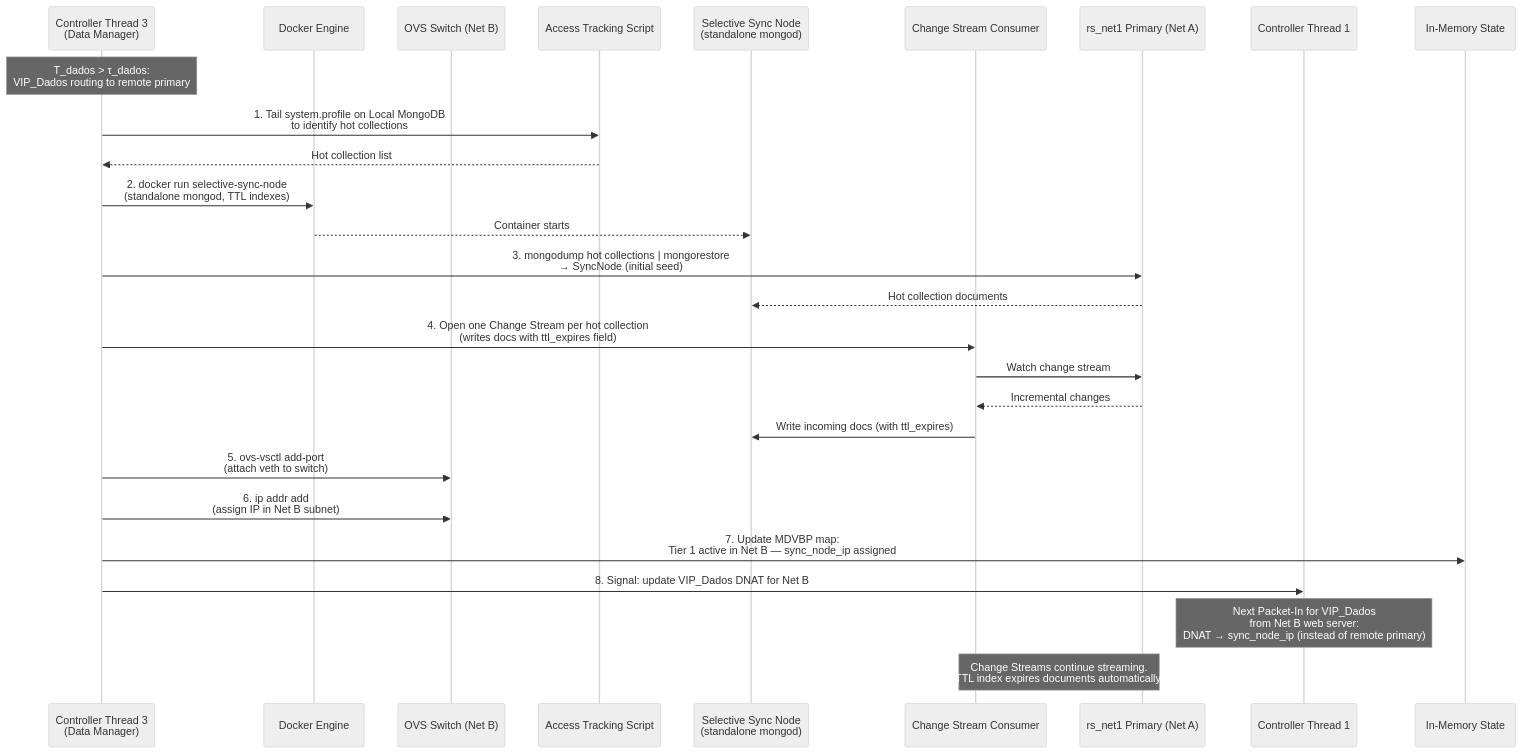
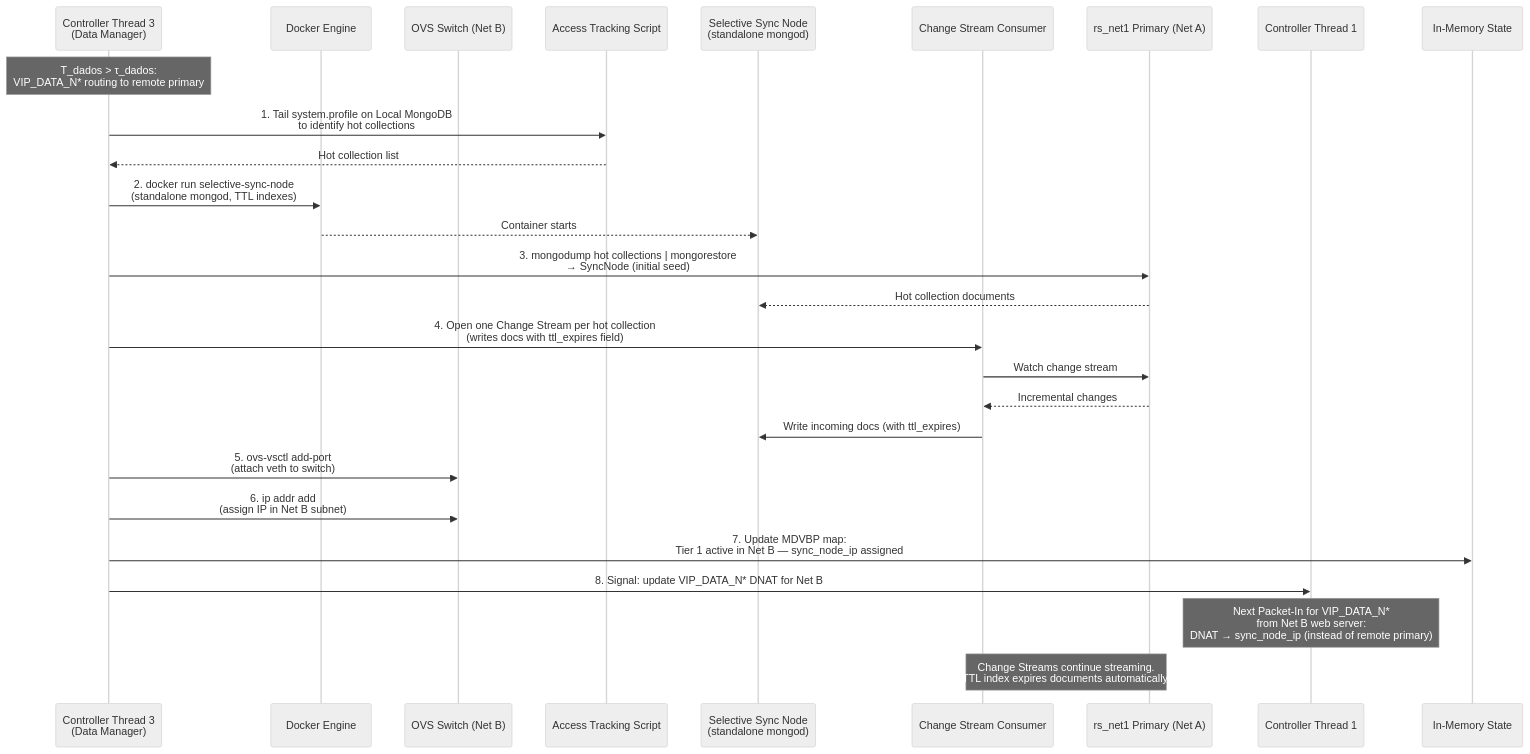
One commit to poioe20p/efficient-storage-in-edge-scenarios changed diagram 13 of 21 in docs/operation/system_scenarios.md. Above: the diagram before and after it, drawn with Mermaid (neutral theme). The commit also changed other lines of this file and 28 other files, not shown here.

Commit message:
- setup testing workload - setup http request with connection to db (made some fixes) wrong port and etc - controller was able to vip route both client http to server and server mongodb to db

````diff
--- a/docs/operation/system_scenarios.md
+++ b/docs/operation/system_scenarios.md
@@ -334,31 +333,31 @@
 ```mermaid
 sequenceDiagram
     participant T3 as Controller Thread 3<br/>(Data Manager)
     participant Docker as Docker Engine
     participant OVS as OVS Switch (Net B)
     participant AccessTrack as Access Tracking Script
     participant SyncNode as Selective Sync Node<br/>(standalone mongod)
     participant Consumer as Change Stream Consumer
     participant Primary as rs_net1 Primary (Net A)
     participant T1 as Controller Thread 1
     participant Memory as In-Memory State
 
-    Note over T3: T_dados > τ_dados:<br/>VIP_Dados routing to remote primary
+    Note over T3: T_dados > τ_dados:<br/>VIP_DATA_N* routing to remote primary
 
     T3->>AccessTrack: 1. Tail system.profile on Local MongoDB<br/>to identify hot collections
     AccessTrack-->>T3: Hot collection list
     T3->>Docker: 2. docker run selective-sync-node<br/>(standalone mongod, TTL indexes)
     Docker-->>SyncNode: Container starts
     T3->>Primary: 3. mongodump hot collections | mongorestore<br/>→ SyncNode (initial seed)
     Primary-->>SyncNode: Hot collection documents
     T3->>Consumer: 4. Open one Change Stream per hot collection<br/>(writes docs with ttl_expires field)
     Consumer->>Primary: Watch change stream
     Primary-->>Consumer: Incremental changes
     Consumer->>SyncNode: Write incoming docs (with ttl_expires)
     T3->>OVS: 5. ovs-vsctl add-port<br/>(attach veth to switch)
     T3->>OVS: 6. ip addr add<br/>(assign IP in Net B subnet)
     T3->>Memory: 7. Update MDVBP map:<br/>Tier 1 active in Net B — sync_node_ip assigned
-    T3->>T1: 8. Signal: update VIP_Dados DNAT for Net B
-    Note over T1: Next Packet-In for VIP_Dados<br/>from Net B web server:<br/>DNAT → sync_node_ip (instead of remote primary)
+    T3->>T1: 8. Signal: update VIP_DATA_N* DNAT for Net B
+    Note over T1: Next Packet-In for VIP_DATA_N*<br/>from Net B web server:<br/>DNAT → sync_node_ip (instead of remote primary)
     Note over Consumer,Primary: Change Streams continue streaming.<br/>TTL index expires documents automatically.
 ```
````
